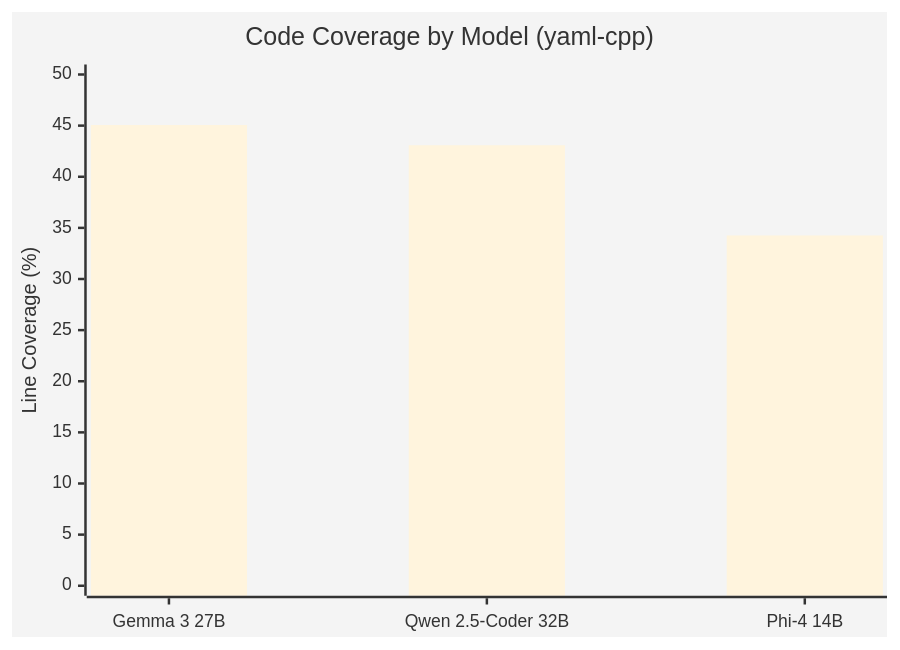
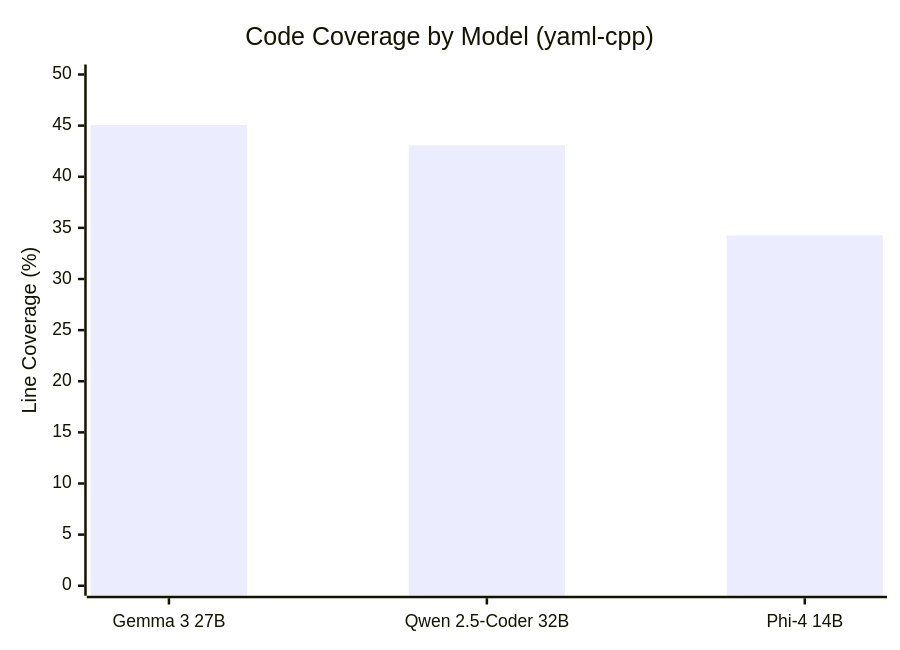
One commit to DARREN-2000/temporary changed the diagram in figure5_1_model_performance.mmd. Above: the diagram before and after it, drawn with Mermaid. The commit also changed 3 other files, not shown here.

Commit message:
Remove diagram colors to match thesis style, update tex to reference bilder/ folder

```diff
--- a/figure5_1_model_performance.mmd
+++ b/figure5_1_model_performance.mmd
@@ -1,8 +1,7 @@
 %% Only 3 of 14 evaluated models produced functional fuzz drivers.
 %% Unsuccessful models are discussed in Section 5.2.2 and Table 5.2.
-%%{init: {'theme': 'base', 'themeVariables': { 'primaryColor': '#4472C4'}}}%%
 xychart-beta
     title "Code Coverage by Model (yaml-cpp)"
     x-axis ["Gemma 3 27B", "Qwen 2.5-Coder 32B", "Phi-4 14B"]
     y-axis "Line Coverage (%)" 0 --> 50
     bar [45.06, 43.08, 34.26]
```
